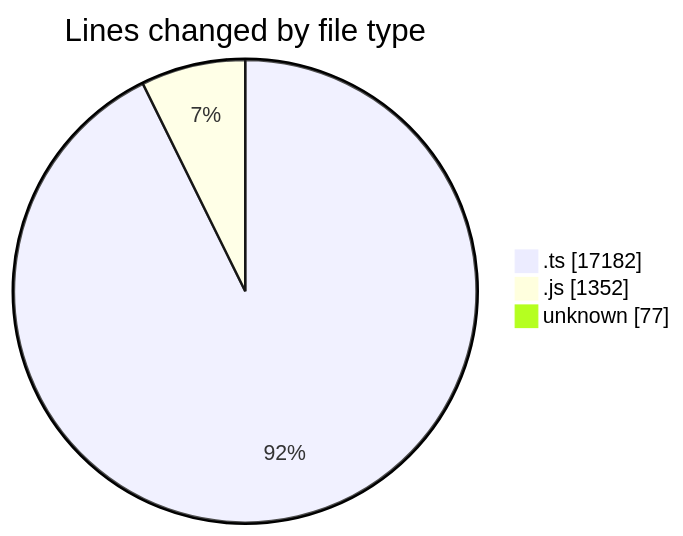
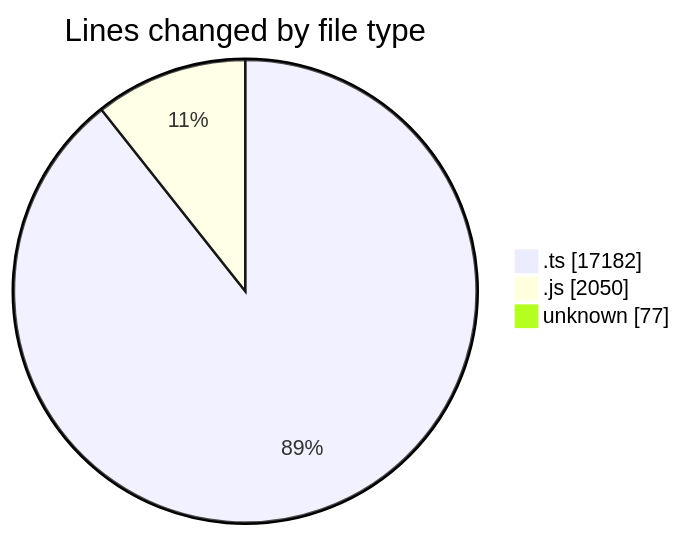
One commit to momahboobian/code-tracking changed the first of 2 diagrams in 2026-02-03/cda/README.md. Above: the diagram before and after it, drawn with Mermaid. The commit also changed other lines of this file and 1 other file, not shown here.

````diff
--- a/2026-02-03/cda/README.md
+++ b/2026-02-03/cda/README.md
@@ -27,7 +28,7 @@
 ```mermaid
 pie showData
 title Lines changed by file type
 ".ts" : 17182
-".js" : 1352
+".js" : 2050
 "unknown" : 77
 ```
````
